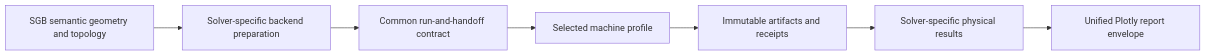
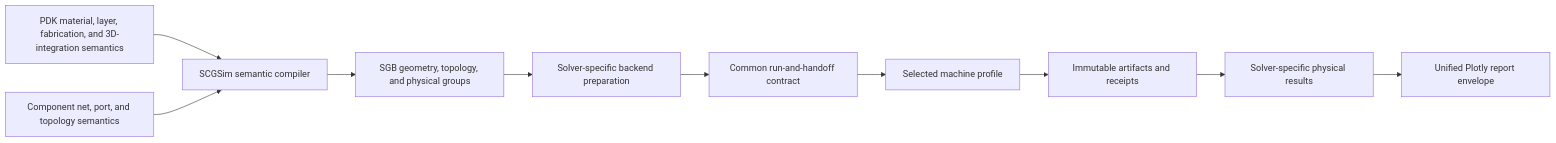
Before and after one commit to OrPenStrike/scgsim: the diagram in docs/architecture.qmd, drawn with Mermaid. The commit also changed other lines of this file and 27 other files, not shown here.

````diff
--- a/docs/architecture.qmd
+++ b/docs/architecture.qmd
@@ -10,9 +10,12 @@
 ```{mermaid}
 flowchart LR
-  G["SGB semantic geometry and topology"] --> B["Solver-specific backend preparation"]
-  B --> C["Common run-and-handoff contract"]
-  C --> P["Selected machine profile"]
-  P --> A["Immutable artifacts and receipts"]
-  A --> R["Solver-specific physical results"]
-  R --> U["Unified Plotly report envelope"]
+  PDK["PDK material, layer, fabrication, and 3D-integration semantics"] --> COMPILER["SCGSim semantic compiler"]
+  COMPONENT["Component net, port, and topology semantics"] --> COMPILER
+  COMPILER --> SGB["SGB geometry, topology, and physical groups"]
+  SGB --> BACKEND["Solver-specific backend preparation"]
+  BACKEND --> HANDOFF["Common run-and-handoff contract"]
+  HANDOFF --> PROFILE["Selected machine profile"]
+  PROFILE --> ARTIFACTS["Immutable artifacts and receipts"]
+  ARTIFACTS --> RESULTS["Solver-specific physical results"]
+  RESULTS --> REPORT["Unified Plotly report envelope"]
 ```
````
